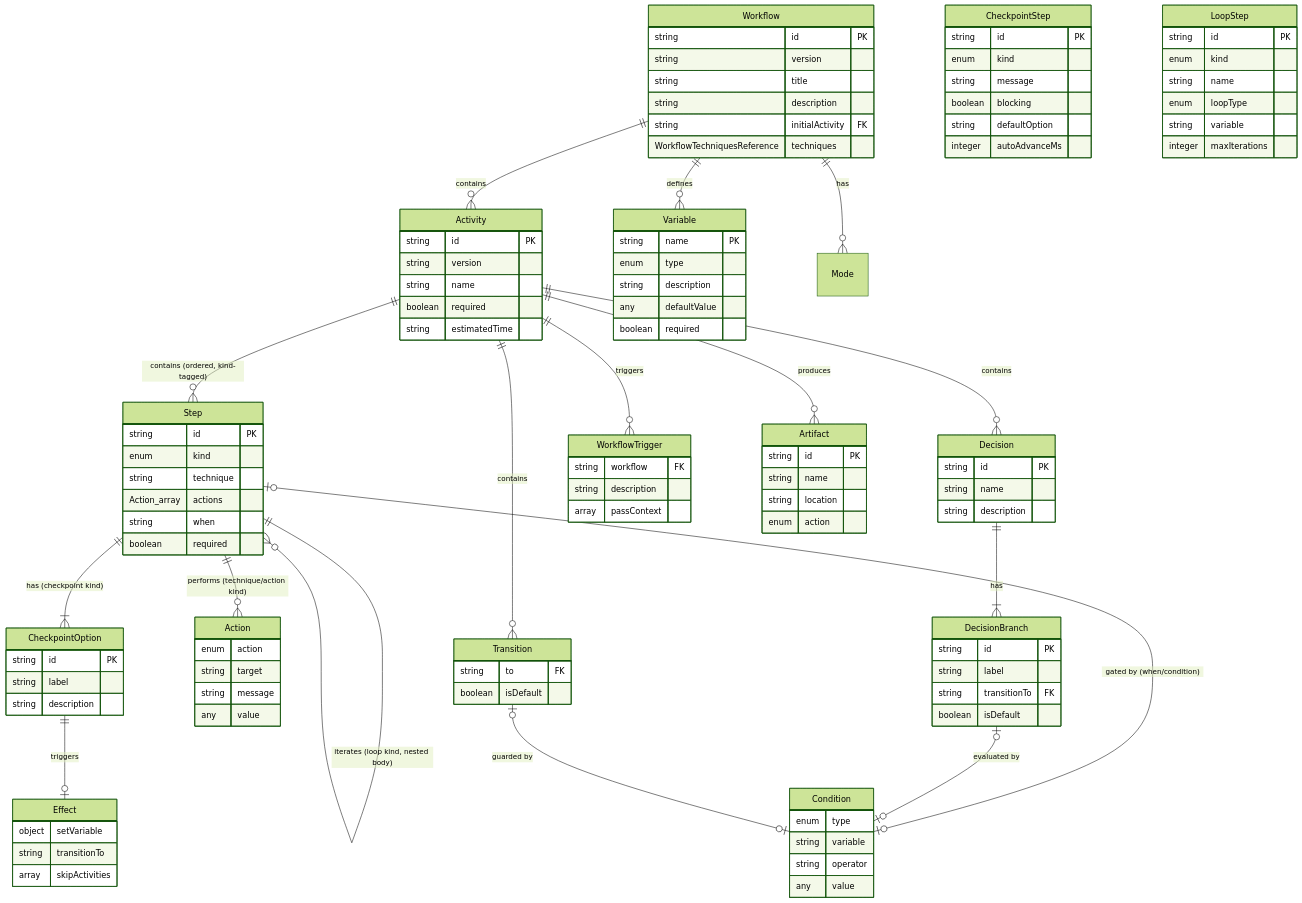
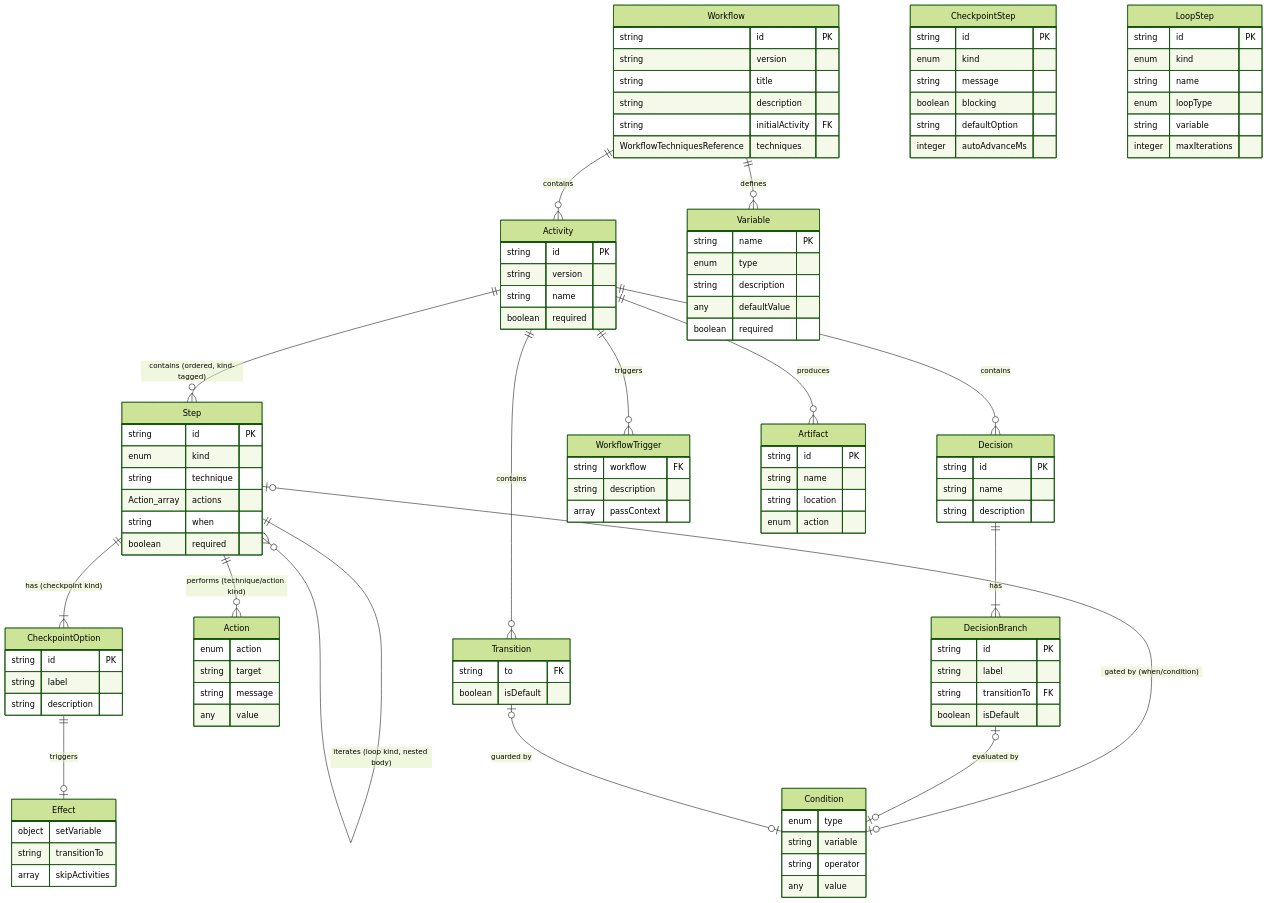
Before and after one commit to m2ux/workflow-server: the third of 3 diagrams in schemas/README.md, drawn with Mermaid (forest theme). The commit also changed other lines of this file and 30 other files, not shown here.

```diff
--- a/schemas/README.md
+++ b/schemas/README.md
@@ -130,7 +130,6 @@
 erDiagram
     Workflow ||--o{ Activity : contains
     Workflow ||--o{ Variable : defines
-    Workflow ||--o{ Mode : has
     
     Activity ||--o{ Step : "contains (ordered, kind-tagged)"
     Activity ||--o{ Decision : contains
@@ -163,7 +162,6 @@
         string version
         string name
         boolean required
-        string estimatedTime
     }
     
     Artifact {
```
